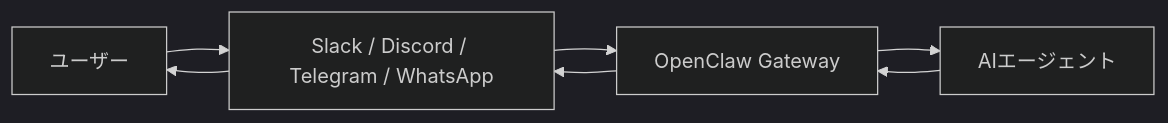
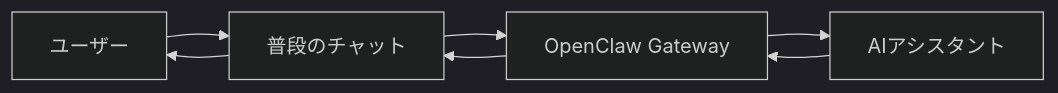
The second of 2 diagrams in slides/test-v2.md (ShunsukeTamura06/openclaw-study-session), drawn with Mermaid (dark theme) before and after one commit. The commit also changed other lines of this file, not shown here.

Commit message:
Rebuild v2 deck with coherent slide flow

````diff
--- a/slides/test-v2.md
+++ b/slides/test-v2.md
@@ -148,9 +258,9 @@
 ```mermaid
 flowchart LR
-    U[ユーザー] --> S[Slack / Discord / Telegram / WhatsApp]
+    U[ユーザー] --> S[普段のチャット]
     S --> G[OpenClaw Gateway]
-    G --> E[AIエージェント]
-    E --> G
+    G --> A[AIアシスタント]
+    A --> G
     G --> S
     S --> U
 ```
````
